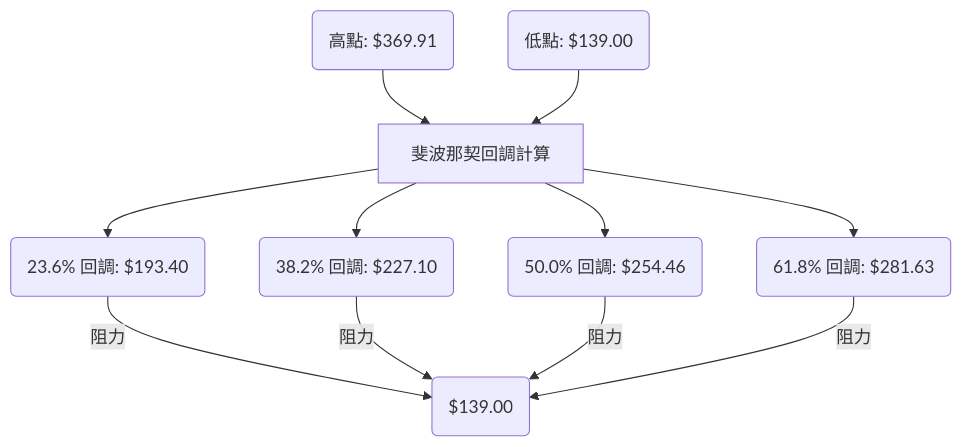
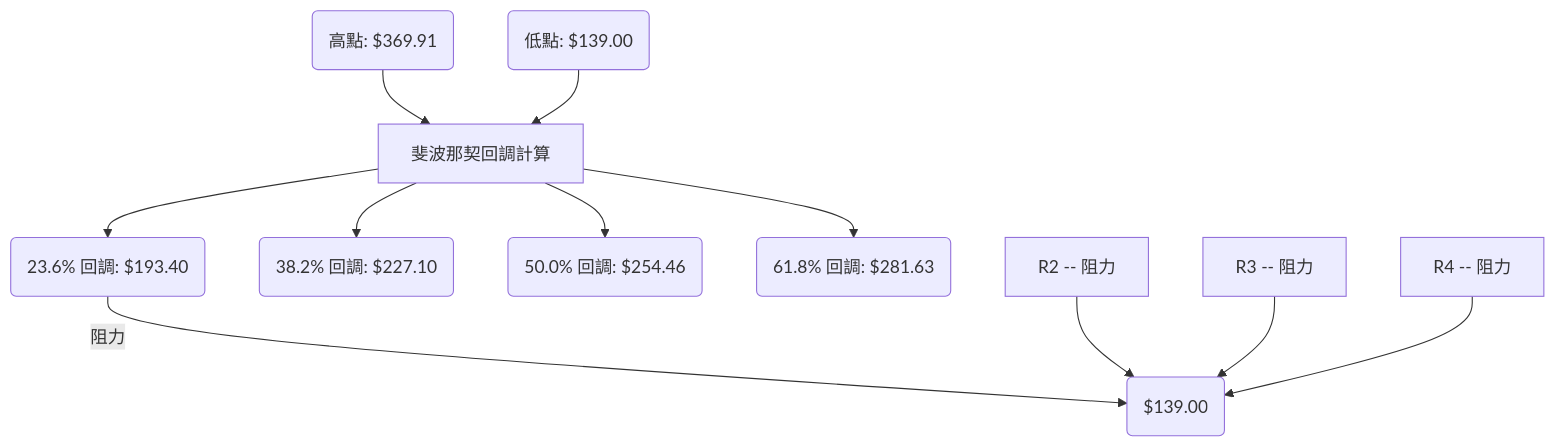
One commit to yennanliu/finance_data changed the fifth of 12 diagrams in ai_gen_report/stock/avav/technical_analysis_2026-06-30_gemini.md. Above: the diagram before and after it, drawn with Mermaid. The commit also changed other lines of this file and 2258 other files, not shown here.

First line of the commit message:
chore: backfill Mermaid syntax repair across existing reports

````diff
--- a/ai_gen_report/stock/avav/technical_analysis_2026-06-30_gemini.md
+++ b/ai_gen_report/stock/avav/technical_analysis_2026-06-30_gemini.md
@@ -332,13 +332,13 @@
 ```mermaid
 graph TD
-    H(高點: $369.91) --> A[斐波那契回調計算]
-    L(低點: $139.00) --> A
-    A --> R1(23.6% 回調: $193.40)
-    A --> R2(38.2% 回調: $227.10)
-    A --> R3(50.0% 回調: $254.46)
-    A --> R4(61.8% 回調: $281.63)
-    R1 -- 阻力 --> 現價($139.00)
-    R2 -- 阻力 --> 現價
-    R3 -- 阻力 --> 現價
-    R4 -- 阻力 --> 現價
+    H("高點: $369.91") --> A["斐波那契回調計算"]
+    L("低點: $139.00") --> A
+    A --> R1("23.6% 回調: $193.40")
+    A --> R2("38.2% 回調: $227.10")
+    A --> R3("50.0% 回調: $254.46")
+    A --> R4("61.8% 回調: $281.63")
+    R1 -- 阻力 --> 現價("$139.00")
+    nb1["R2 -- 阻力"] --> 現價
+    nb2["R3 -- 阻力"] --> 現價
+    nb3["R4 -- 阻力"] --> 現價
 ```
````
